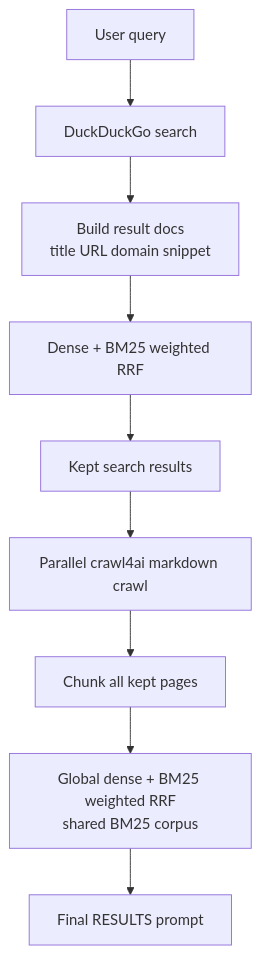
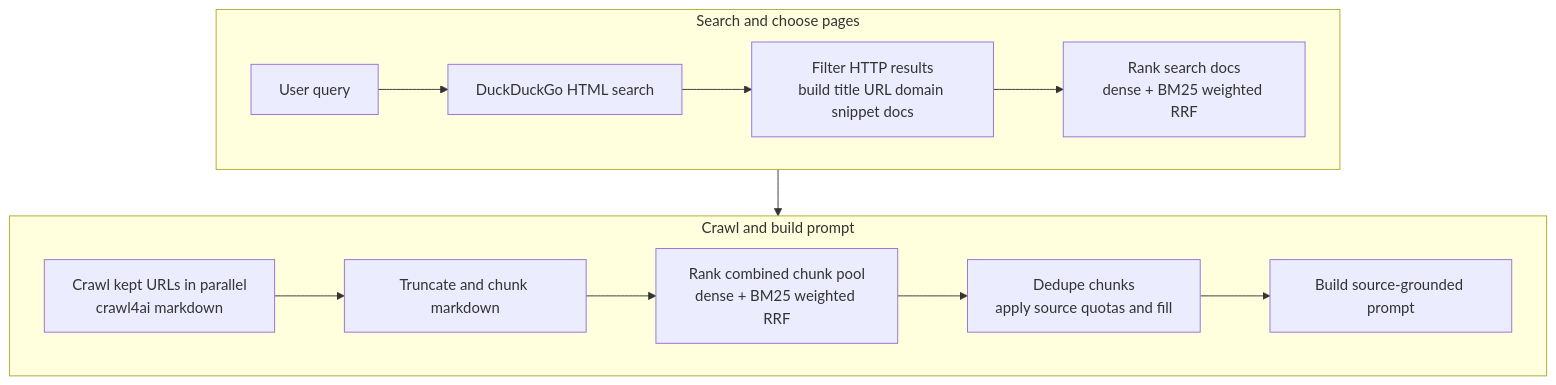
The diagram in README.md (dorucioclea/TinySearch), drawn with Mermaid before and after one commit. The commit also changed other lines of this file and 1 other file, not shown here.

````diff
--- a/README.md
+++ b/README.md
@@ -288,11 +41,19 @@
 ```mermaid
-flowchart TD
-    A[User query] --> B[DuckDuckGo search]
-    B --> C[Build result docs<br/>title URL domain snippet]
-    C --> D[Dense + BM25 weighted RRF]
-    D --> E[Kept search results]
-    E --> F[Parallel crawl4ai markdown crawl]
-    F --> G[Chunk all kept pages]
-    G --> H[Global dense + BM25 weighted RRF<br/>shared BM25 corpus]
-    H --> I[Final RESULTS prompt]
+flowchart TB
+    subgraph Row1["Search and choose pages"]
+        direction LR
+        A[User query] --> B[DuckDuckGo HTML search]
+        B --> C[Filter HTTP results<br/>build title URL domain snippet docs]
+        C --> D[Rank search docs<br/>dense + BM25 weighted RRF]
+    end
+
+    subgraph Row2["Crawl and build prompt"]
+        direction LR
+        E[Crawl kept URLs in parallel<br/>crawl4ai markdown] --> F[Truncate and chunk markdown]
+        F --> G[Rank combined chunk pool<br/>dense + BM25 weighted RRF]
+        G --> H[Dedupe chunks<br/>apply source quotas and fill]
+        H --> I[Build source-grounded prompt]
+    end
+
+    Row1 --> Row2
 ```
````
